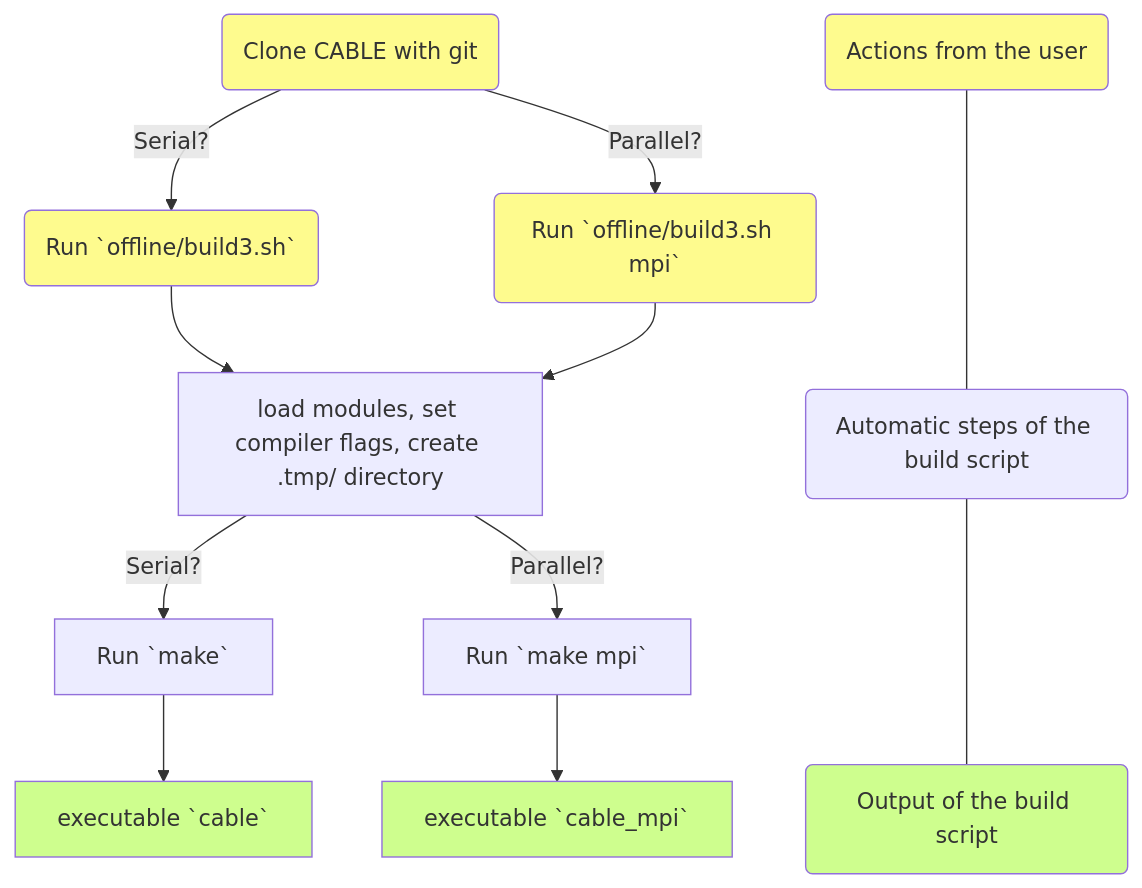
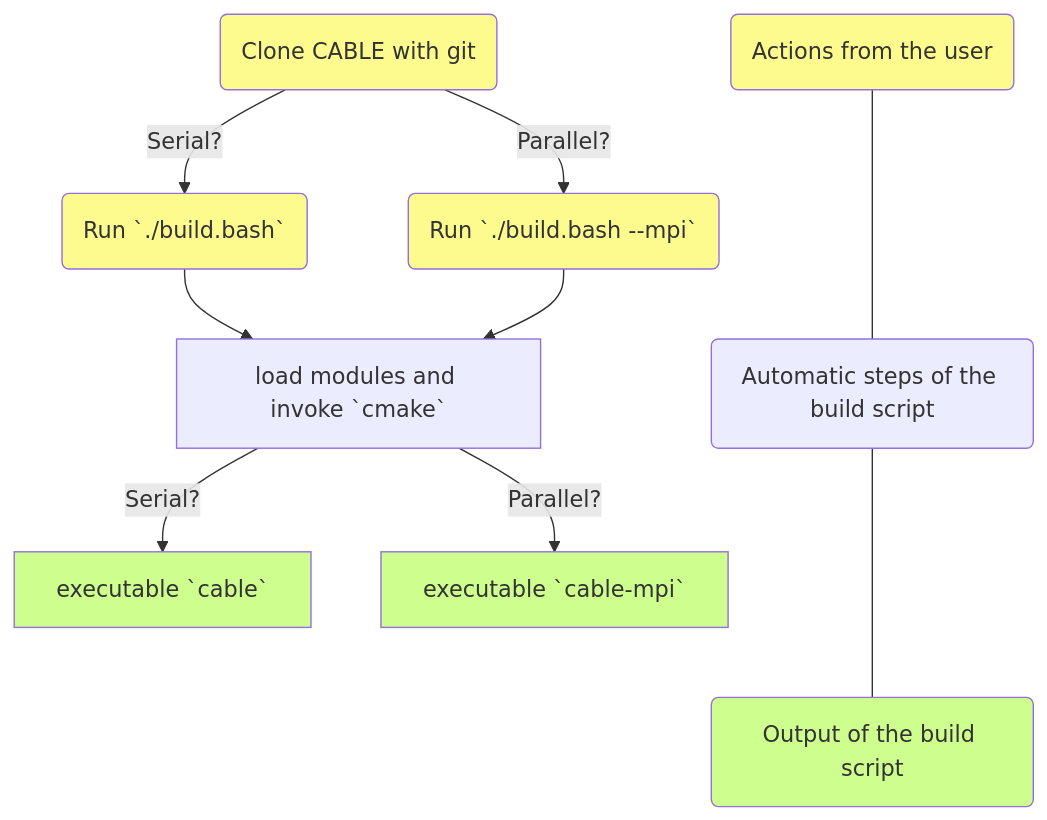
One commit to CABLE-LSM/CABLE changed the diagram in documentation/docs/user_guide/installation.md. Above: the diagram before and after it, drawn with Mermaid. The commit also changed other lines of this file and 3 other files, not shown here.

````diff
--- a/documentation/docs/user_guide/installation.md
+++ b/documentation/docs/user_guide/installation.md
@@ -11,27 +14,27 @@
 ``` mermaid
 graph TD
     
-    A(Clone CABLE with git):::UserAction -->|Serial?| B(Run `offline/build3.sh`):::UserAction;
-    B --> D[load modules, set compiler flags, create .tmp/ directory];
-    D -->|Serial?| E[Run `make`];
-    E --> G[executable `cable`]:::Output;
-    A -->|Parallel?| C(Run `offline/build3.sh mpi`):::UserAction;
+    A(Clone CABLE with git):::UserAction -->|Serial?| B(Run `./build.bash`):::UserAction;
+    B --> D[load modules and invoke `cmake`];
+    D -->|Serial?| E;
+    E[executable `cable`]:::Output;
+    A -->|Parallel?| C(Run `./build.bash --mpi`):::UserAction;
     C --> D;   
-    D -->|Parallel?| F[Run `make mpi`];
-    F --> H[executable `cable_mpi`]:::Output;
-    click A "http://cable.readthedocs.io/en/latest/user_guide/installation/#getting-the-cable-source-code"
-    click B "http://cable.readthedocs.io/en/latest/user_guide/installation/#launching-the-build"
-    click C "http://cable.readthedocs.io/en/latest/user_guide/installation/#launching-the-build"
-    click D "http://cable.readthedocs.io/en/latest/user_guide/installation/#description-of-the-build-process"
-    click E "http://cable.readthedocs.io/en/latest/user_guide/installation/#description-of-the-build-process"
-    click F "http://cable.readthedocs.io/en/latest/user_guide/installation/#description-of-the-build-process"
+    D -->|Parallel?| F;
+    F[executable `cable-mpi`]:::Output;
+    click A "#getting-the-cable-source-code"
+    click B "#launching-the-build"
+    click C "#launching-the-build"
+    click D "#description-of-the-build-process"
+    click E "#description-of-the-build-process"
+    click F "#description-of-the-build-process"
 
     UserAction ---- Automatic ---- Output;
 
     UserAction(Actions from the user):::UserAction;
     Automatic(Automatic steps of the build script);
     Output(Output of the build script):::Output;
 
     classDef UserAction fill:#FEFB8E
     classDef Output fill:#cefe8e
 ```
````
